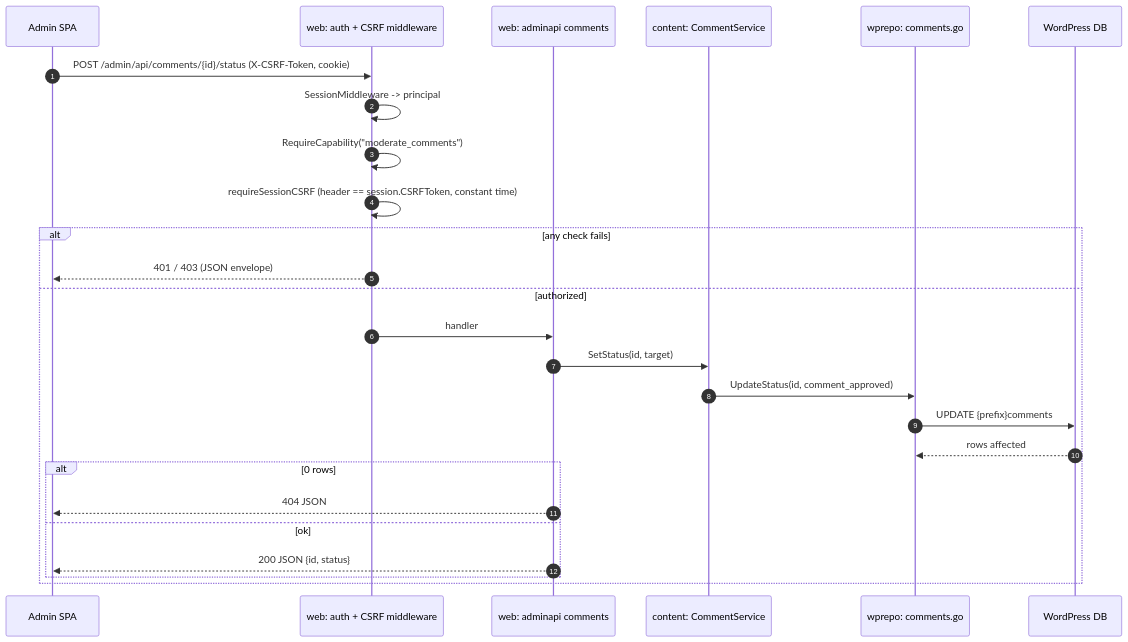
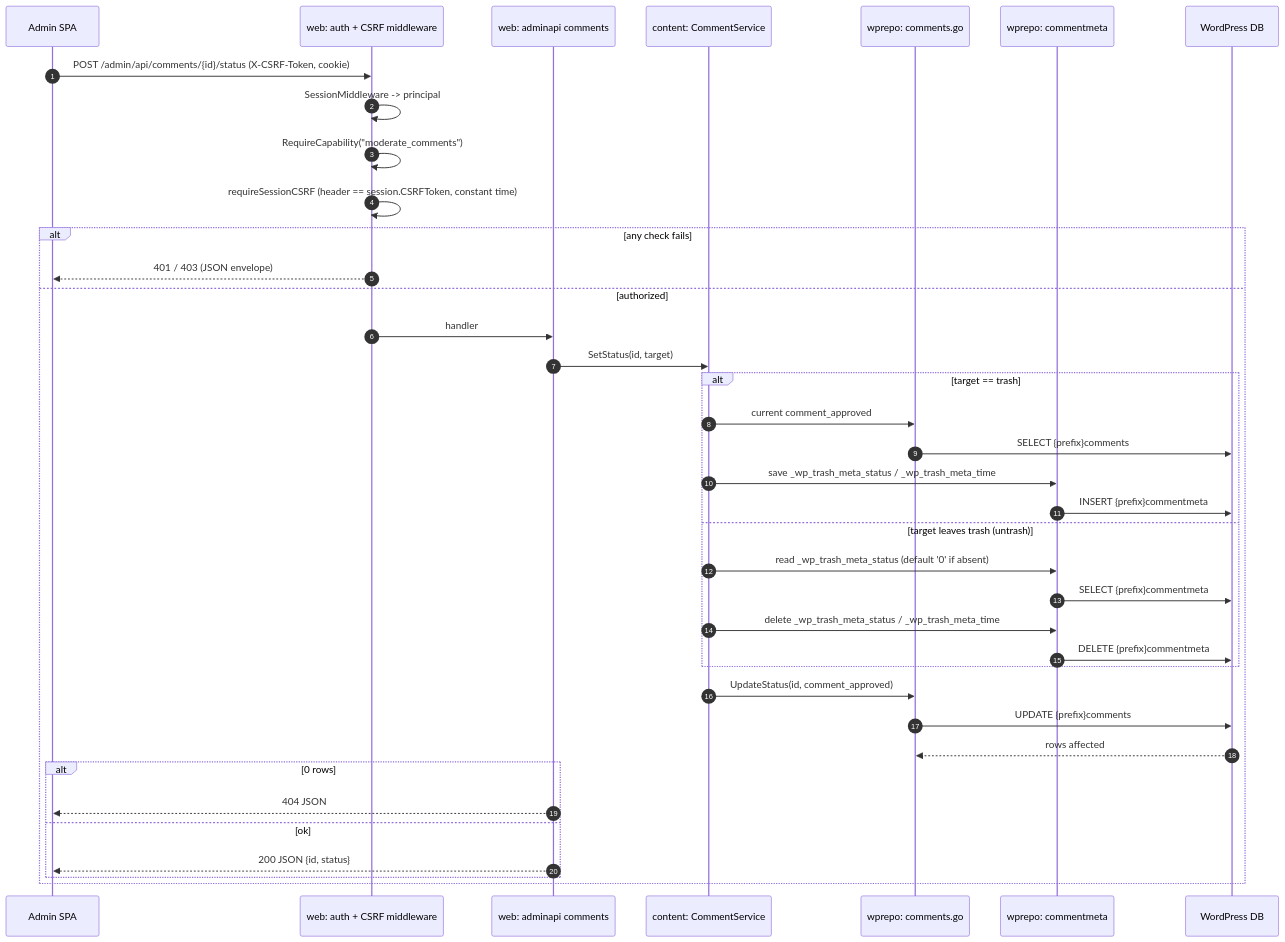
One commit to roboweaver/grimoire changed the fourth of 6 diagrams in plans/04-comments-media-menus/design.md. Above: the diagram before and after it, drawn with Mermaid. The commit also changed other lines of this file and 3 other files, not shown here.

First line of the commit message:
M4 spec: resolve review findings (schema, menus, moderation, upload)

````diff
--- a/plans/04-comments-media-menus/design.md
+++ b/plans/04-comments-media-menus/design.md
@@ -155,29 +160,41 @@
 ```mermaid
 sequenceDiagram
   autonumber
   participant SPA as Admin SPA
   participant MW as web: auth + CSRF middleware
   participant H as web: adminapi comments
   participant CS as content: CommentService
   participant R as wprepo: comments.go
+  participant CM as wprepo: commentmeta
   participant DB as WordPress DB
 
   SPA->>MW: POST /admin/api/comments/{id}/status (X-CSRF-Token, cookie)
   MW->>MW: SessionMiddleware -> principal
   MW->>MW: RequireCapability("moderate_comments")
   MW->>MW: requireSessionCSRF (header == session.CSRFToken, constant time)
   alt any check fails
     MW-->>SPA: 401 / 403 (JSON envelope)
   else authorized
     MW->>H: handler
     H->>CS: SetStatus(id, target)
+    alt target == trash
+      CS->>R: current comment_approved
+      R->>DB: SELECT {prefix}comments
+      CS->>CM: save _wp_trash_meta_status / _wp_trash_meta_time
+      CM->>DB: INSERT {prefix}commentmeta
+    else target leaves trash (untrash)
+      CS->>CM: read _wp_trash_meta_status (default '0' if absent)
+      CM->>DB: SELECT {prefix}commentmeta
+      CS->>CM: delete _wp_trash_meta_status / _wp_trash_meta_time
+      CM->>DB: DELETE {prefix}commentmeta
+    end
     CS->>R: UpdateStatus(id, comment_approved)
     R->>DB: UPDATE {prefix}comments
     DB-->>R: rows affected
     alt 0 rows
       H-->>SPA: 404 JSON
     else ok
       H-->>SPA: 200 JSON {id, status}
     end
   end
 ```
````
